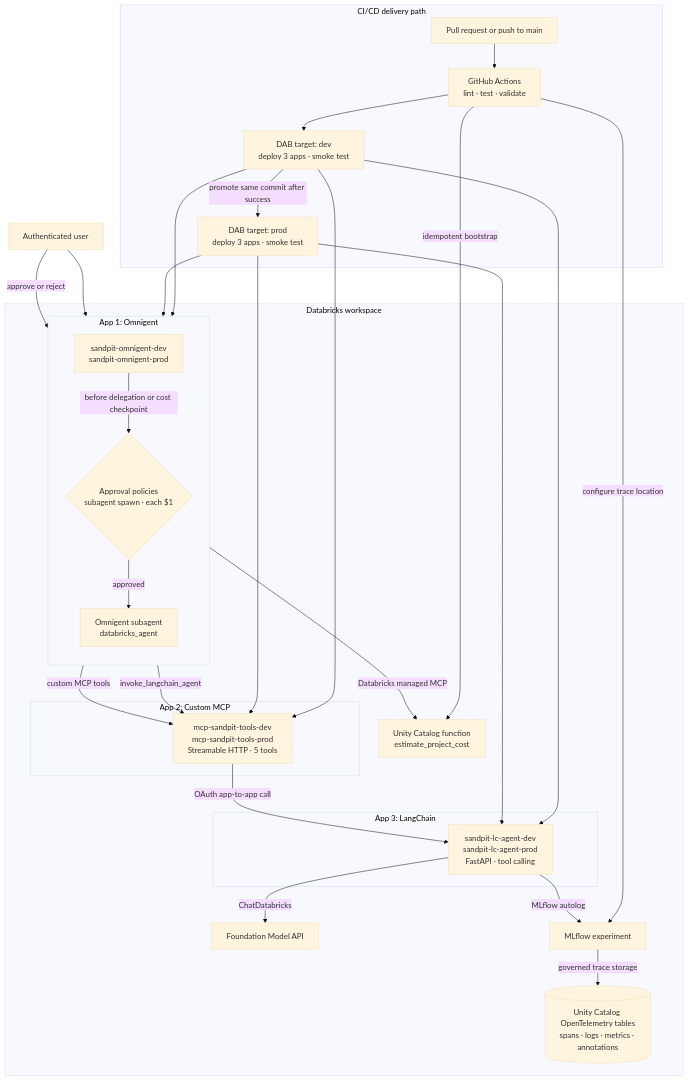
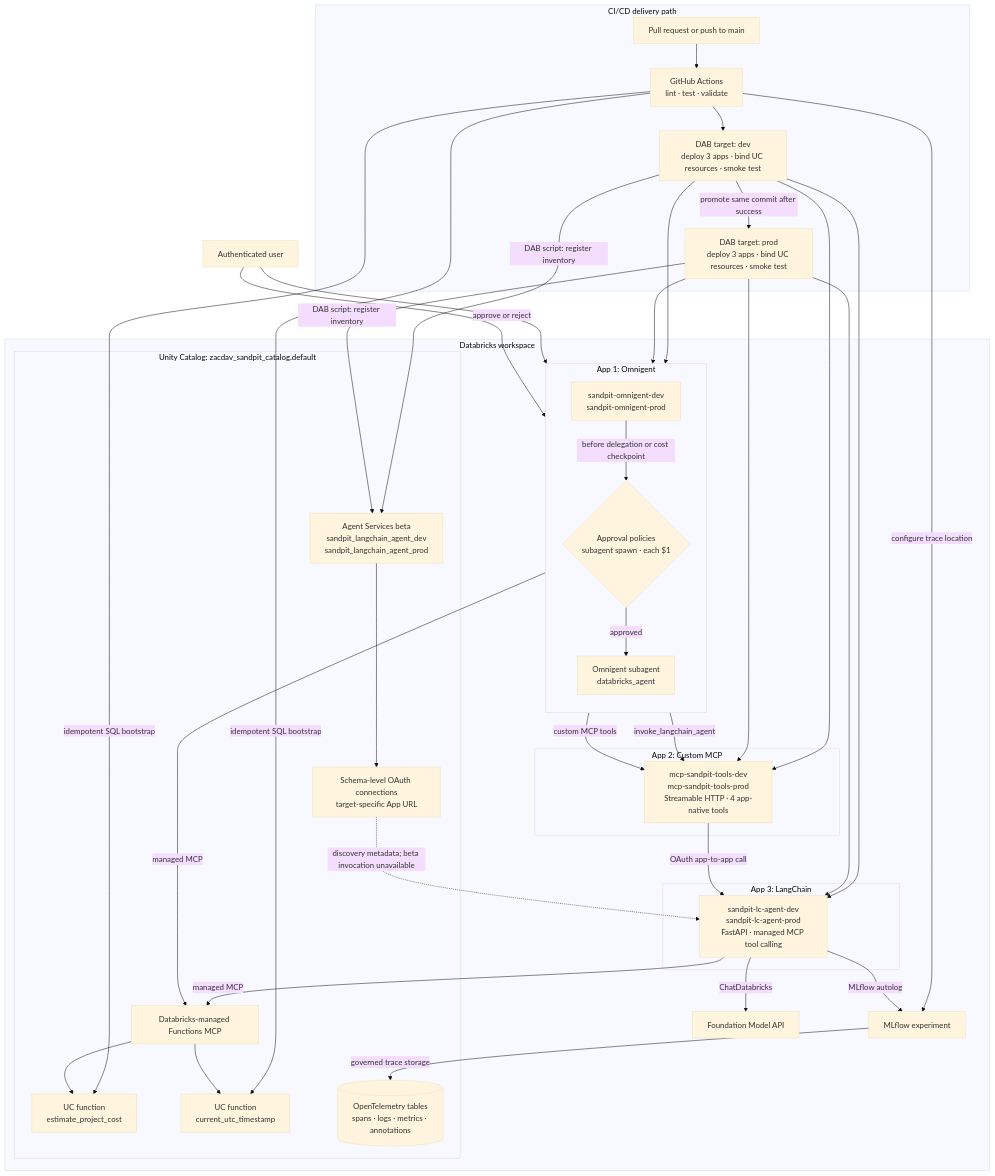
One commit to zacdav-db/databricks-agent-cicd-sandpit changed the diagram in README.md. Above: the diagram before and after it, drawn with Mermaid (base theme). The commit also changed other lines of this file and 15 other files, not shown here.

Commit message:
Map agents and tools into Unity Catalog

````diff
--- a/README.md
+++ b/README.md
@@ -17,56 +18,71 @@
 ```mermaid
 flowchart TB
     User["Authenticated user"]
 
     subgraph Delivery["CI/CD delivery path"]
         Git["Pull request or push to main"]
         CI["GitHub Actions<br/>lint · test · validate"]
-        DevTarget["DAB target: dev<br/>deploy 3 apps · smoke test"]
-        ProdTarget["DAB target: prod<br/>deploy 3 apps · smoke test"]
+        DevTarget["DAB target: dev<br/>deploy 3 apps · bind UC resources · smoke test"]
+        ProdTarget["DAB target: prod<br/>deploy 3 apps · bind UC resources · smoke test"]
         Git --> CI --> DevTarget
         DevTarget -->|"promote same commit after success"| ProdTarget
     end
 
     subgraph Workspace["Databricks workspace"]
         subgraph OmniApp["App 1: Omnigent"]
             direction TB
             Omni["sandpit-omnigent-dev<br/>sandpit-omnigent-prod"]
             Policy{"Approval policies<br/>subagent spawn · each $1"}
             Subagent["Omnigent subagent<br/>databricks_agent"]
         end
 
         subgraph MCPApp["App 2: Custom MCP"]
-            MCP["mcp-sandpit-tools-dev<br/>mcp-sandpit-tools-prod<br/>Streamable HTTP · 5 tools"]
+            MCP["mcp-sandpit-tools-dev<br/>mcp-sandpit-tools-prod<br/>Streamable HTTP · 4 app-native tools"]
         end
 
         subgraph LangChainApp["App 3: LangChain"]
-            LangChain["sandpit-lc-agent-dev<br/>sandpit-lc-agent-prod<br/>FastAPI · tool calling"]
+            LangChain["sandpit-lc-agent-dev<br/>sandpit-lc-agent-prod<br/>FastAPI · managed MCP tool calling"]
         end
 
-        UC["Unity Catalog function<br/>estimate_project_cost"]
         Model["Foundation Model API"]
         Experiment["MLflow experiment"]
-        Traces[("Unity Catalog OpenTelemetry tables<br/>spans · logs · metrics · annotations")]
+
+        subgraph UC["Unity Catalog: zacdav_sandpit_catalog.default"]
+            AgentRegistry["Agent Services beta<br/>sandpit_langchain_agent_dev<br/>sandpit_langchain_agent_prod"]
+            AgentConnections["Schema-level OAuth connections<br/>target-specific App URL"]
+            CostTool["UC function<br/>estimate_project_cost"]
+            TimeTool["UC function<br/>current_utc_timestamp"]
+            ManagedMCP["Databricks-managed Functions MCP"]
+            Traces[("OpenTelemetry tables<br/>spans · logs · metrics · annotations")]
+        end
     end
 
     DevTarget --> Omni
     DevTarget --> MCP
     DevTarget --> LangChain
     ProdTarget --> Omni
     ProdTarget --> MCP
     ProdTarget --> LangChain
-    CI -->|"idempotent bootstrap"| UC
+    CI -->|"idempotent SQL bootstrap"| CostTool
+    CI -->|"idempotent SQL bootstrap"| TimeTool
     CI -->|"configure trace location"| Experiment
+    DevTarget -->|"DAB script: register inventory"| AgentRegistry
+    ProdTarget -->|"DAB script: register inventory"| AgentRegistry
 
     User --> Omni
     Omni -->|"before delegation or cost checkpoint"| Policy
     User -->|"approve or reject"| Policy
     Policy -->|"approved"| Subagent
     Subagent -->|"invoke_langchain_agent"| MCP
     Omni -->|"custom MCP tools"| MCP
-    Omni -->|"Databricks managed MCP"| UC
+    Omni -->|"managed MCP"| ManagedMCP
     MCP -->|"OAuth app-to-app call"| LangChain
+    LangChain -->|"managed MCP"| ManagedMCP
+    ManagedMCP --> CostTool
+    ManagedMCP --> TimeTool
+    AgentRegistry --> AgentConnections
+    AgentConnections -. "discovery metadata; beta invocation unavailable" .-> LangChain
     LangChain -->|"ChatDatabricks"| Model
     LangChain -->|"MLflow autolog"| Experiment
     Experiment -->|"governed trace storage"| Traces
 ```
````
